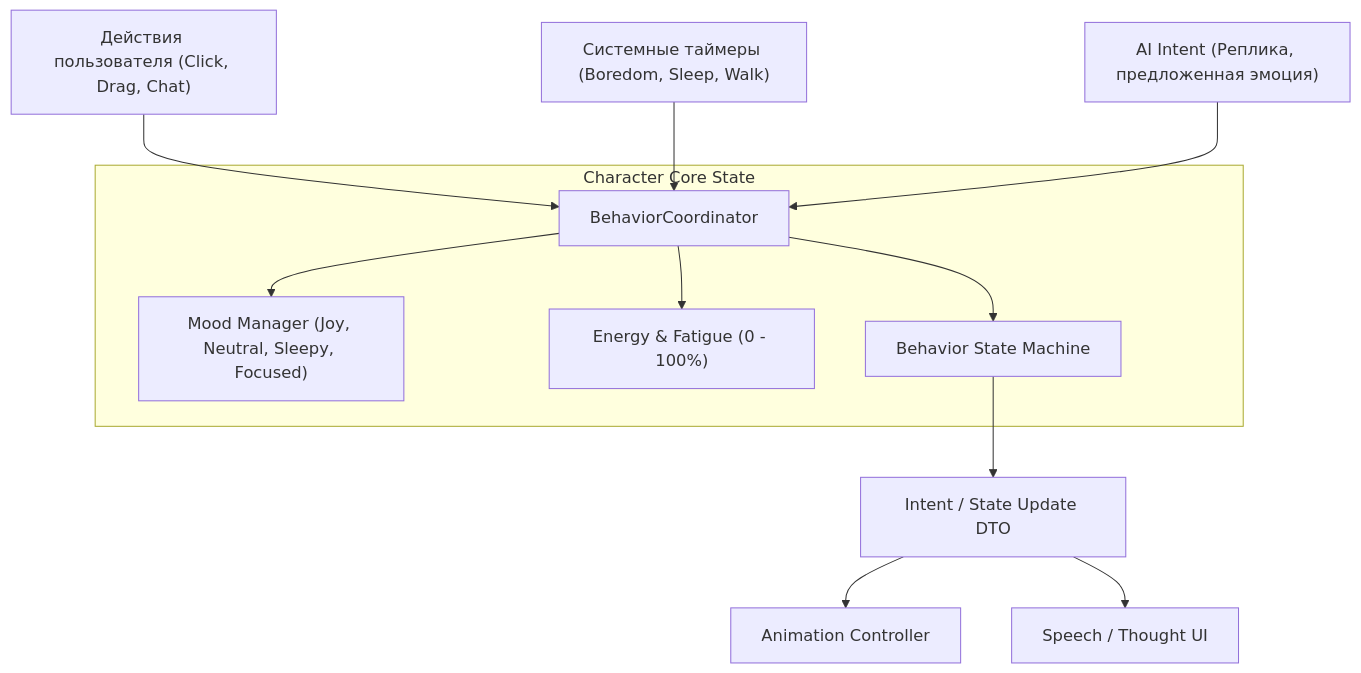
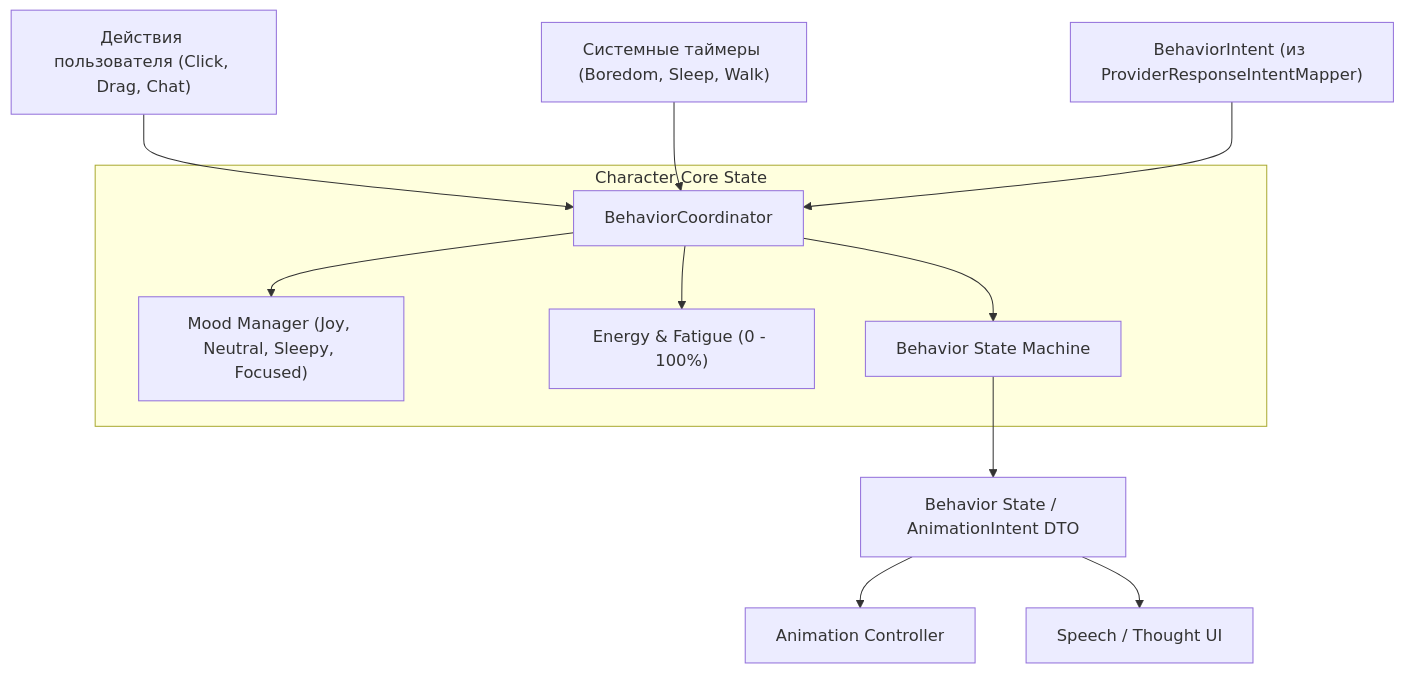
The diagram in .agents/skills/character-behavior/SKILL.md (zyzycode/project_wisp), drawn with Mermaid before and after one commit. The commit also changed other lines of this file and 22 other files, not shown here.

Commit message:
new ARCHITECTURE

````diff
--- a/.agents/skills/character-behavior/SKILL.md
+++ b/.agents/skills/character-behavior/SKILL.md
@@ -11,16 +11,16 @@
 ```mermaid
 graph TD
     UserStimulus["Действия пользователя (Click, Drag, Chat)"] --> BehaviorCoordinator
     TimerStimulus["Системные таймеры (Boredom, Sleep, Walk)"] --> BehaviorCoordinator
-    AIStimulus["AI Intent (Реплика, предложенная эмоция)"] --> BehaviorCoordinator
+    ProviderIntent["BehaviorIntent (из ProviderResponseIntentMapper)"] --> BehaviorCoordinator
 
     subgraph Character_Core ["Character Core State"]
         BehaviorCoordinator --> MoodManager["Mood Manager (Joy, Neutral, Sleepy, Focused)"]
         BehaviorCoordinator --> EnergyManager["Energy & Fatigue (0 - 100%)"]
         BehaviorCoordinator --> BehaviorFSM["Behavior State Machine"]
     end
 
-    BehaviorFSM --> IntentOutput["Intent / State Update DTO"]
+    BehaviorFSM --> IntentOutput["Behavior State / AnimationIntent DTO"]
     IntentOutput --> AnimationSubsystem["Animation Controller"]
     IntentOutput --> UISubsystem["Speech / Thought UI"]
 ```
````
